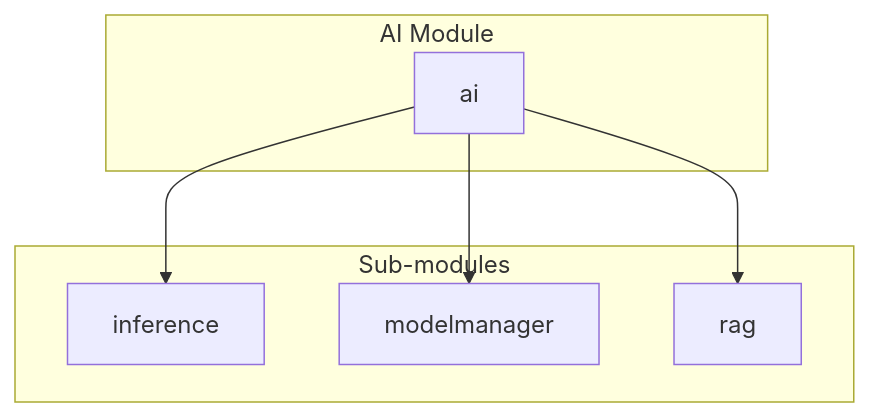
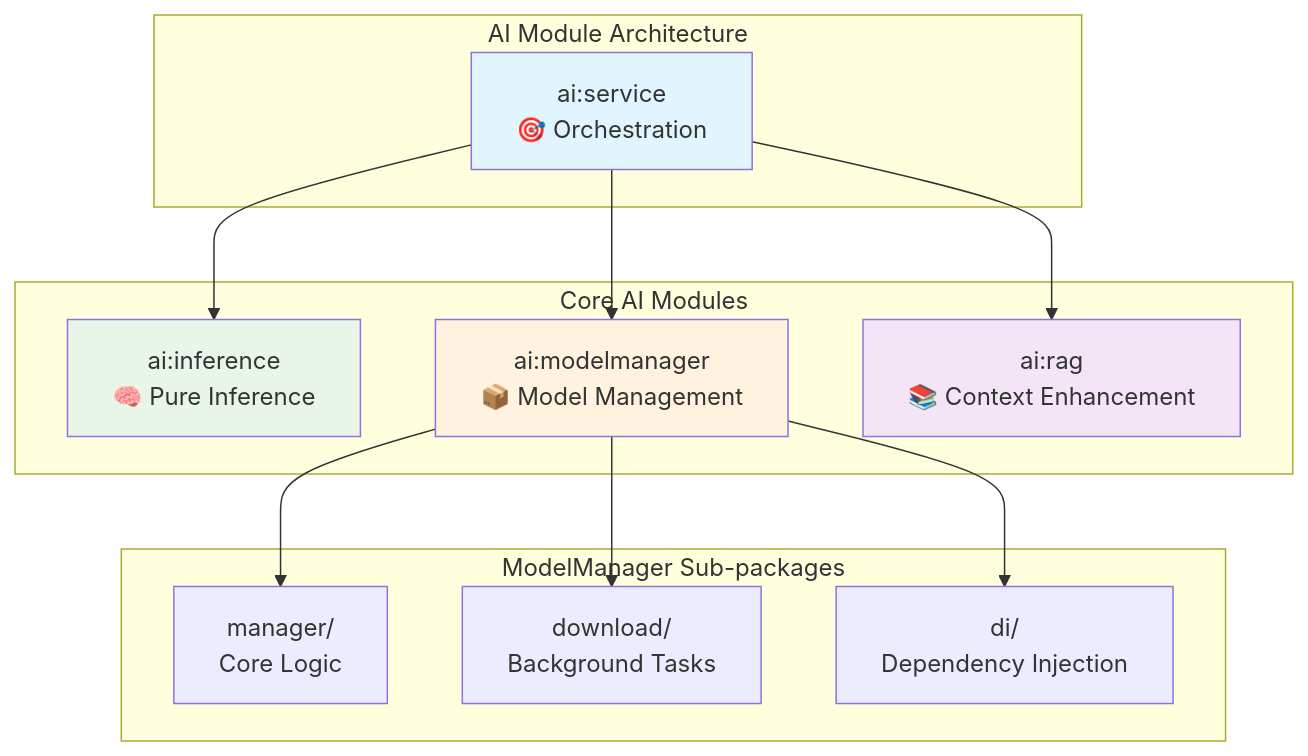
Before and after one commit to ErsjanKeri/Eliza: the first of 2 diagrams in ai/README.md, drawn with Mermaid. The commit also changed other lines of this file and 1 other file, not shown here.

````diff
--- a/ai/README.md
+++ b/ai/README.md
@@ -30,16 +40,30 @@
 ```mermaid
 graph TD
-    subgraph "AI Module"
-        A[ai]
+    subgraph "AI Module Architecture"
+        A[ai:service<br/>🎯 Orchestration]
     end
 
-    subgraph "Sub-modules"
-        B[inference]
-        C[modelmanager]
-        D[rag]
+    subgraph "Core AI Modules"
+        B[ai:inference<br/>🧠 Pure Inference]
+        C[ai:modelmanager<br/>📦 Model Management]
+        D[ai:rag<br/>📚 Context Enhancement]
+    end
+
+    subgraph "ModelManager Sub-packages"
+        E[manager/<br/>Core Logic]
+        F[download/<br/>Background Tasks]
+        G[di/<br/>Dependency Injection]
     end
 
     A --> B
     A --> C
     A --> D
+    C --> E
+    C --> F
+    C --> G
+
+    style A fill:#e1f5fe
+    style B fill:#e8f5e8
+    style C fill:#fff3e0
+    style D fill:#f3e5f5
 ```
````
